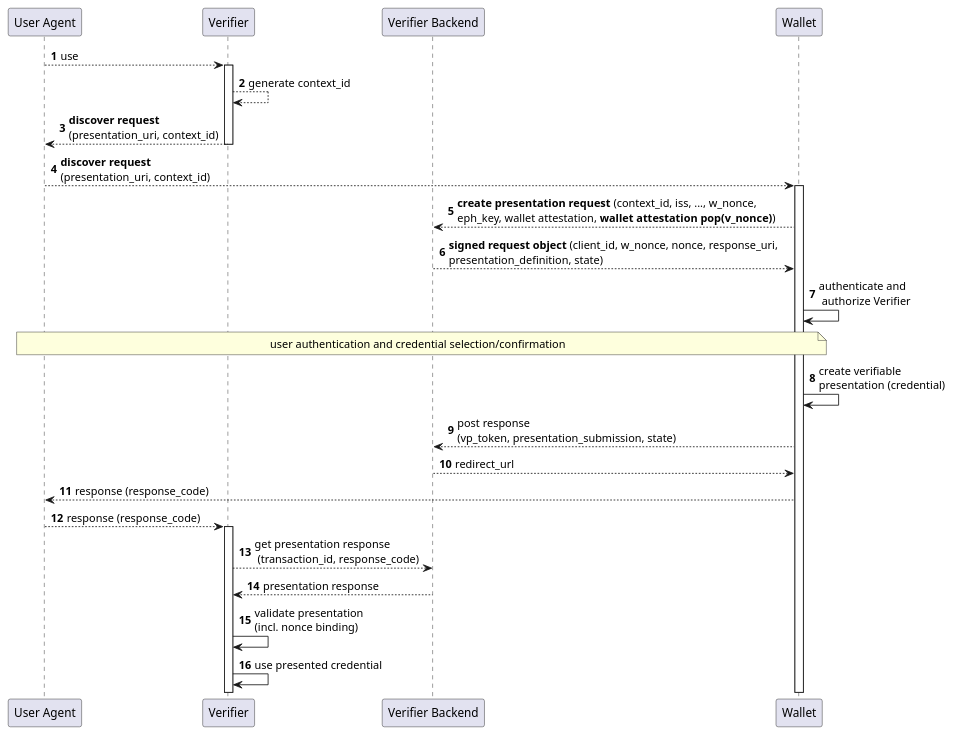
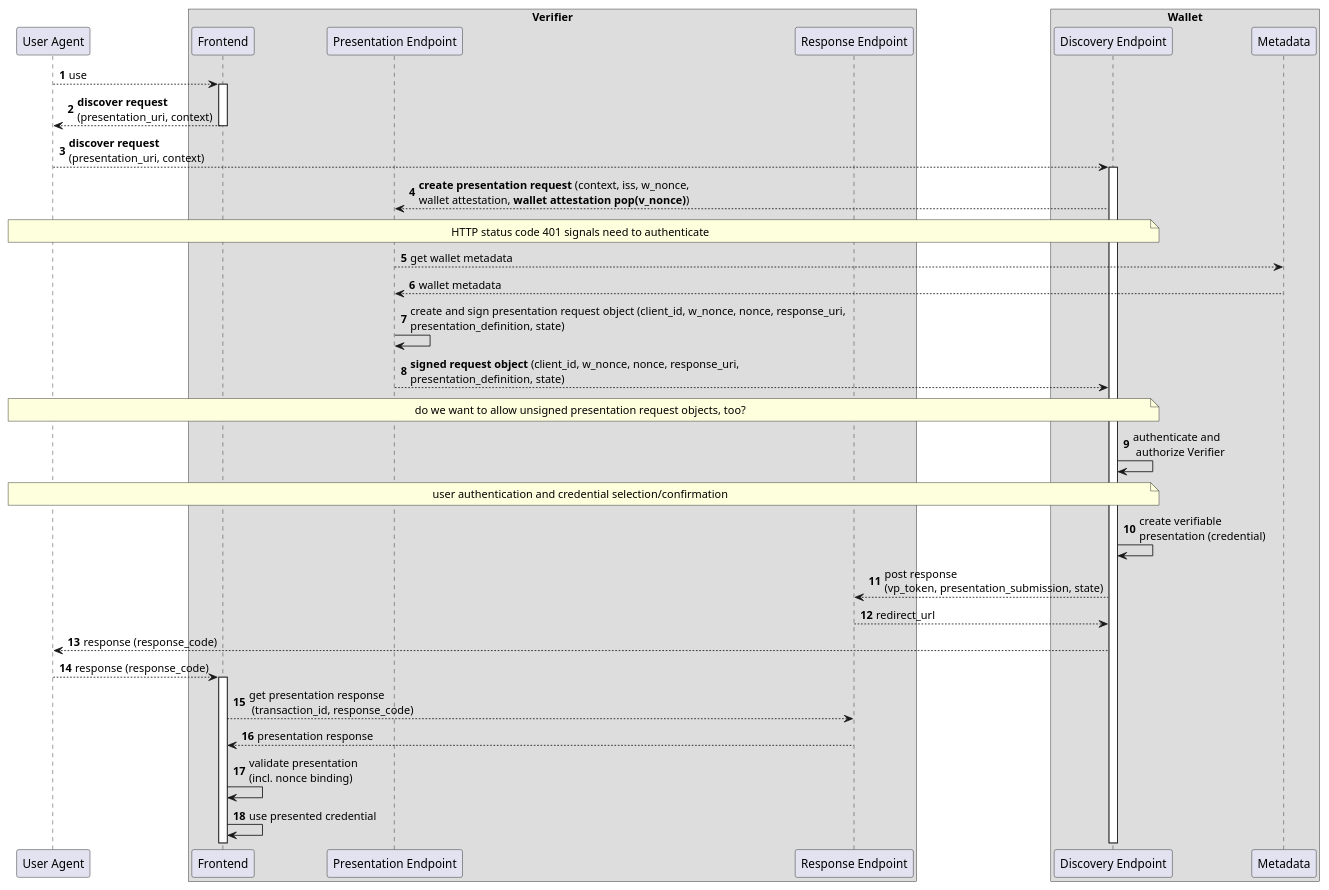
Before and after one commit to openid/OpenID4VP: the diagram in diagrams/advanced_flow.md, drawn with PlantUML. The commit also changed 1 other file, not shown here.

Commit message:
first draft of the advanced flow

````diff
--- a/diagrams/advanced_flow.md
+++ b/diagrams/advanced_flow.md
@@ -1,39 +1,48 @@
 ```plantuml
 @startuml
 
 autonumber
 
 participant "User Agent" as u
 
-participant "Verifier" as r
+box "Verifier"
+participant "Frontend" as r
+participant "Presentation Endpoint" as rp
+participant "Response Endpoint" as rb
+end box
 
-participant "Verifier Backend" as rb
-
-participant "Wallet" as w
+box "Wallet"
+participant "Discovery Endpoint" as w
+participant "Metadata" as wm
+end box
 
 u --> r : use
 activate r
-r --> r: generate context_id
 
-r --> u: **discover request**\n(presentation_uri, context_id)
+r --> u: **discover request**\n(presentation_uri, context)
 deactivate r
-u --> w: **discover request**\n(presentation_uri, context_id)
+u --> w: **discover request**\n(presentation_uri, context)
 activate w
-w --> rb: **create presentation request** (context_id, iss, ..., w_nonce, \neph_key, wallet attestation, **wallet attestation pop(v_nonce)**)
-rb --> w: **signed request object** (client_id, w_nonce, nonce, response_uri, \npresentation_definition, state)
+w --> rp: **create presentation request** (context, iss, w_nonce, \nwallet attestation, **wallet attestation pop(v_nonce)**)
+note over u, w: HTTP status code 401 signals need to authenticate
+rp --> wm: get wallet metadata
+wm --> rp: wallet metadata
+rp -> rp: create and sign presentation request object (client_id, w_nonce, nonce, response_uri, \npresentation_definition, state)
+rp --> w: **signed request object** (client_id, w_nonce, nonce, response_uri, \npresentation_definition, state)
+note over u, w: do we want to allow unsigned presentation request objects, too?
 w -> w: authenticate and\n authorize Verifier
 
 note over u, w: user authentication and credential selection/confirmation
 
 w -> w: create verifiable\npresentation (credential)
 w --> rb: post response \n(vp_token, presentation_submission, state)
 rb --> w: redirect_url
 w --> u: response (response_code)
 u --> r: response (response_code)
 activate r
 r --> rb: get presentation response\n (transaction_id, response_code)
 rb --> r: presentation response
 r -> r: validate presentation \n(incl. nonce binding)
 r -> r: use presented credential 
 @enduml
 ```
````
